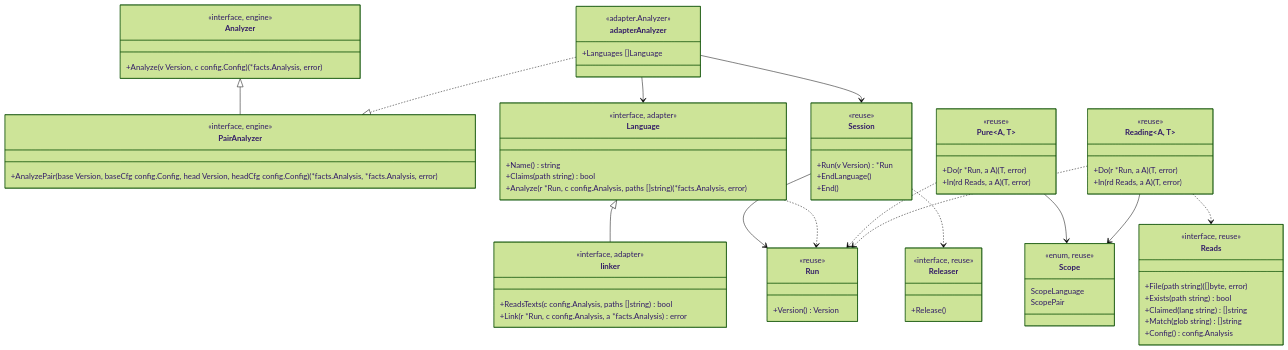
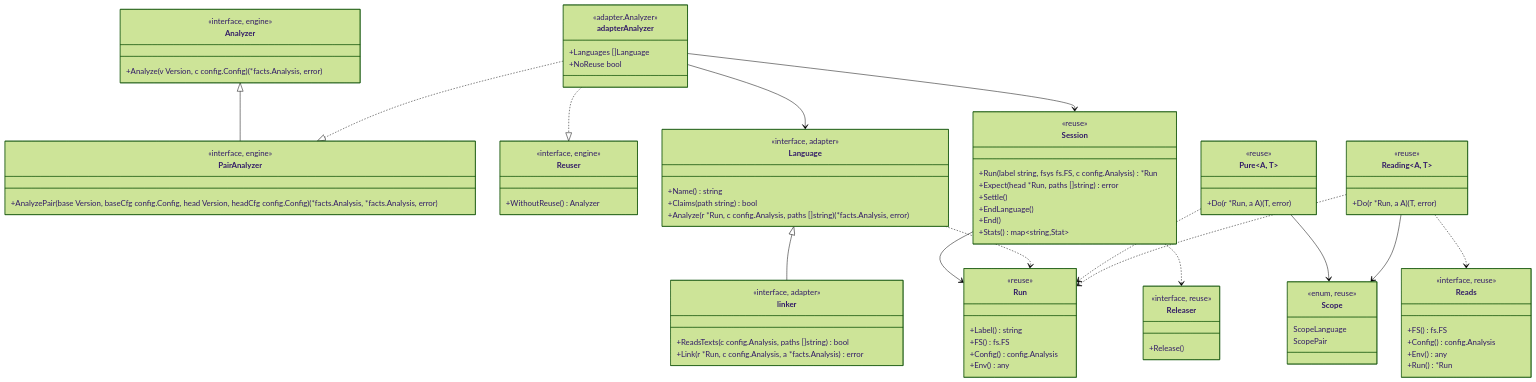
One commit to rerorets/hadome changed the second of 2 diagrams in docs/design/analysis-reuse.ja.md. Above: the diagram before and after it, drawn with Mermaid (forest theme). The commit also changed other lines of this file and 61 other files, not shown here.

```diff
--- a/docs/design/analysis-reuse.ja.md
+++ b/docs/design/analysis-reuse.ja.md
@@ -276,9 +284,14 @@
     <<interface, engine>>
     +AnalyzePair(base Version, baseCfg config.Config, head Version, headCfg config.Config) (*facts.Analysis, *facts.Analysis, error)
   }
+  class Reuser {
+    <<interface, engine>>
+    +WithoutReuse() Analyzer
+  }
   class adapterAnalyzer {
     <<adapter.Analyzer>>
     +Languages []Language
+    +NoReuse bool
   }
   class Language {
     <<interface, adapter>>
@@ -293,31 +306,34 @@
   }
   class Session {
     <<reuse>>
-    +Run(v Version) *Run
+    +Run(label string, fsys fs.FS, c config.Analysis) *Run
+    +Expect(head *Run, paths []string) error
+    +Settle()
     +EndLanguage()
     +End()
+    +Stats() map~string,Stat~
   }
   class Run {
     <<reuse>>
-    +Version() Version
+    +Label() string
+    +FS() fs.FS
+    +Config() config.Analysis
+    +Env() any
   }
   class Pure~A, T~ {
     <<reuse>>
     +Do(r *Run, a A) (T, error)
-    +In(rd Reads, a A) (T, error)
   }
   class Reading~A, T~ {
     <<reuse>>
     +Do(r *Run, a A) (T, error)
-    +In(rd Reads, a A) (T, error)
   }
   class Reads {
     <<interface, reuse>>
-    +File(path string) ([]byte, error)
-    +Exists(path string) bool
-    +Claimed(lang string) []string
-    +Match(glob string) []string
+    +FS() fs.FS
     +Config() config.Analysis
+    +Env() any
+    +Run() *Run
   }
   class Releaser {
     <<interface, reuse>>
@@ -330,6 +346,7 @@
   }
   Analyzer <|-- PairAnalyzer
   adapterAnalyzer ..|> PairAnalyzer
+  adapterAnalyzer ..|> Reuser
   adapterAnalyzer --> Language
   adapterAnalyzer --> Session
   Language <|-- linker
```
